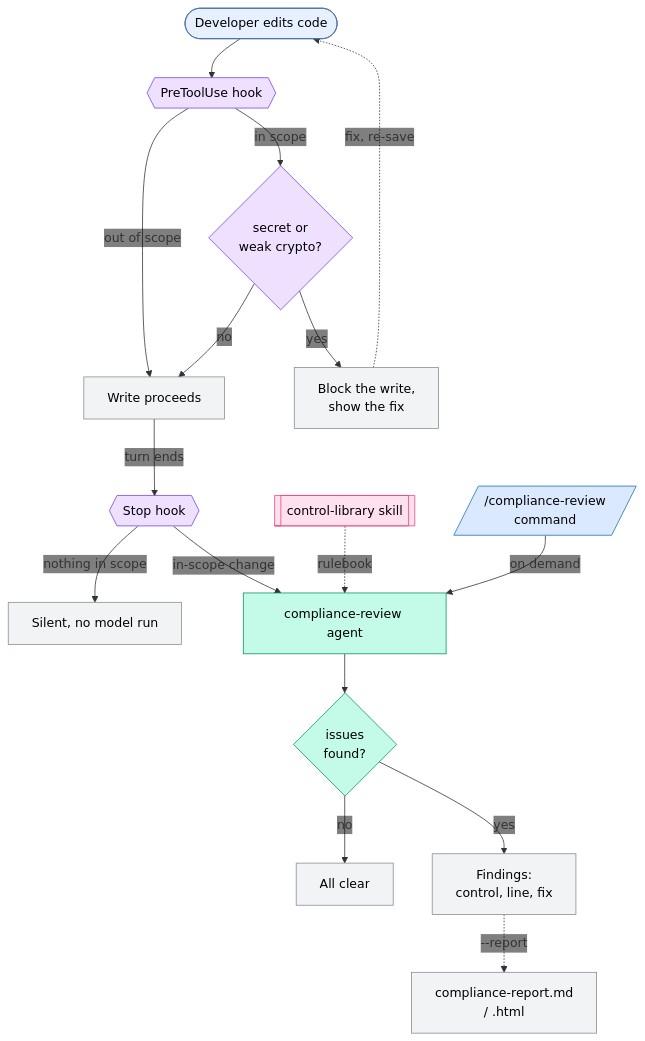
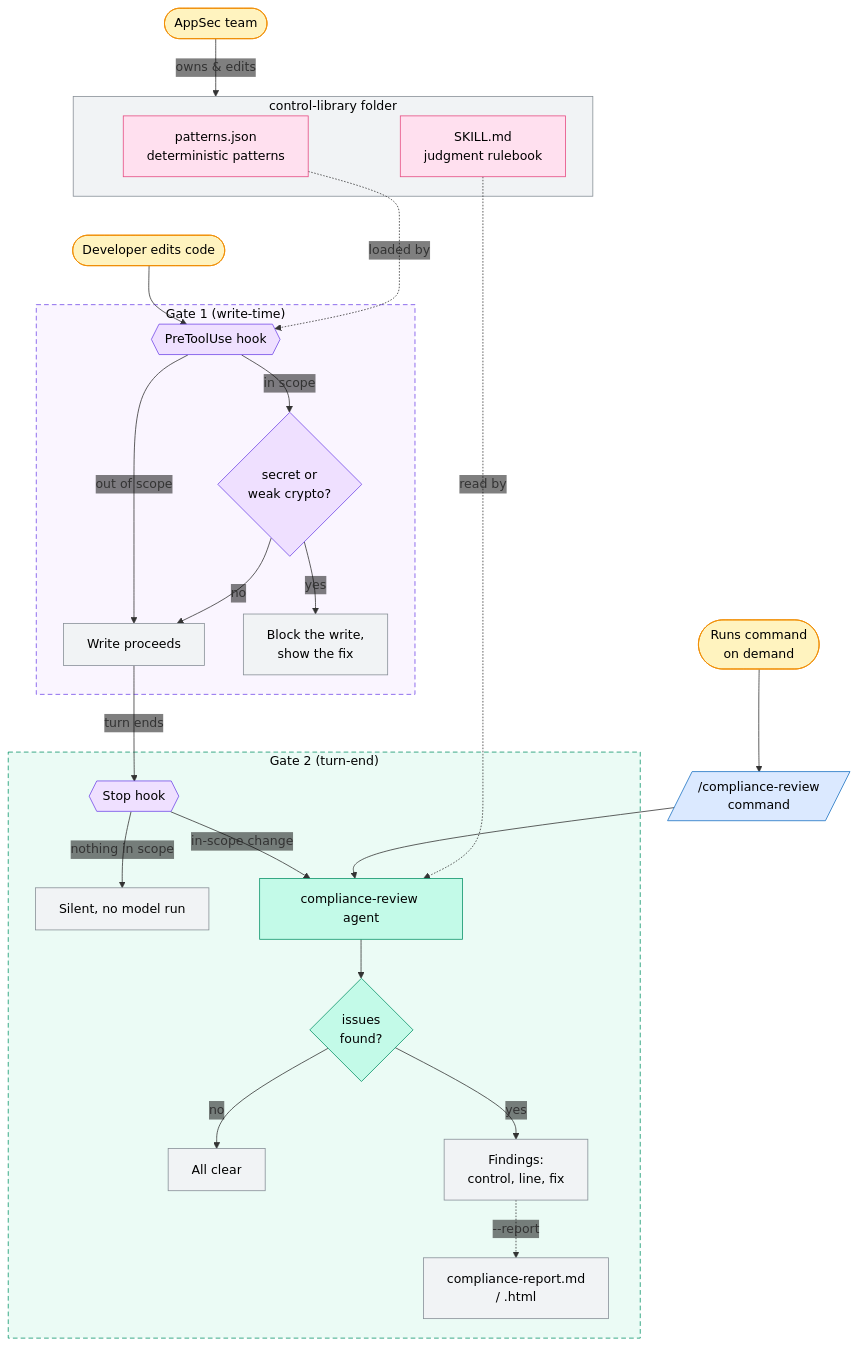
Before and after one commit to Juantomasgomez7/compliance-support: the second of 2 diagrams in README.md, drawn with Mermaid. The commit also changed other lines of this file and 12 other files, not shown here.

First line of the commit message:
feat: move detection patterns into the AppSec-owned control-library

````diff
--- a/README.md
+++ b/README.md
@@ -50,33 +93,61 @@
 ```mermaid
 %%{init: {'themeVariables': {'edgeLabelBackground': 'transparent'}}}%%
 flowchart TD
-    classDef human fill:#e7f0ff,stroke:#4a6fa5,color:#000000
+    classDef human fill:#fff3bf,stroke:#f08c00,color:#000000
     classDef hook fill:#efe0ff,stroke:#7048e8,color:#000000
     classDef agent fill:#c3fae8,stroke:#099268,color:#000000
     classDef skill fill:#ffe0ef,stroke:#e64980,color:#000000
     classDef command fill:#dbe9ff,stroke:#1971c2,color:#000000
     classDef state fill:#f1f3f5,stroke:#868e96,color:#000000
 
-    DEV([Developer edits code]) --> H1{{"PreToolUse hook"}}
-    H1 -->|"out of scope"| SAVE["Write proceeds"]
-    H1 -->|"in scope"| VIOL{"secret or<br/>weak crypto?"}
+    APPSEC(["AppSec team"]) -->|"owns & edits"| CL
+    subgraph CL["control-library folder"]
+        PATT["patterns.json<br/>deterministic patterns"]
+        SKILLMD["SKILL.md<br/>judgment rulebook"]
+    end
+    CL ~~~ DEV([Developer edits code])
+
+    subgraph G1["Gate 1 (write-time)"]
+        H1{{"PreToolUse hook"}}
+        VIOL{"secret or<br/>weak crypto?"}
+        SAVE["Write proceeds"]
+        BLOCK["Block the write,<br/>show the fix"]
+    end
+
+    subgraph G2["Gate 2 (turn-end)"]
+        H2{{"Stop hook"}}
+        SILENT["Silent, no model run"]
+        AGENT["compliance-review agent"]
+        REVIEW{"issues<br/>found?"}
+        CLEAN["All clear"]
+        OUT["Findings:<br/>control, line, fix"]
+        REPORT["compliance-report.md<br/>/ .html"]
+    end
+
+    DEV --> H1
+    PATT -.->|"loaded by"| H1
+    H1 -->|"out of scope"| SAVE
+    H1 -->|"in scope"| VIOL
     VIOL -->|"no"| SAVE
-    VIOL -->|"yes"| BLOCK["Block the write,<br/>show the fix"]
-    BLOCK -.->|"fix, re-save"| DEV
-    SAVE -->|"turn ends"| H2{{"Stop hook"}}
-    H2 -->|"nothing in scope"| SILENT["Silent, no model run"]
-    H2 -->|"in-scope change"| AGENT["compliance-review agent"]
-    SKILL[["control-library skill"]] -.->|"rulebook"| AGENT
-    CMD[/"/compliance-review<br/>command"/] -->|"on demand"| AGENT
-    AGENT --> REVIEW{"issues<br/>found?"}
-    REVIEW -->|"no"| CLEAN["All clear"]
-    REVIEW -->|"yes"| OUT["Findings:<br/>control, line, fix"]
-    OUT -.->|"--report"| REPORT["compliance-report.md<br/>/ .html"]
+    VIOL -->|"yes"| BLOCK
+    SAVE -->|"turn ends"| H2
+    H2 -->|"nothing in scope"| SILENT
+    H2 -->|"in-scope change"| AGENT
+    RUN(["Runs command<br/>on demand"]) --> CMD[/"/compliance-review<br/>command"/]
+    CMD --> AGENT
+    SKILLMD -.->|"read by"| AGENT
+    AGENT --> REVIEW
+    REVIEW -->|"no"| CLEAN
+    REVIEW -->|"yes"| OUT
+    OUT -.->|"--report"| REPORT
 
-    class DEV human
+    class DEV,APPSEC,RUN human
     class H1,H2,VIOL hook
     class AGENT,REVIEW agent
-    class SKILL skill
+    class PATT,SKILLMD skill
     class CMD command
     class BLOCK,SAVE,SILENT,OUT,CLEAN,REPORT state
+    style CL fill:#f1f3f5,stroke:#868e96,color:#000000
+    style G1 fill:#faf5ff,stroke:#7048e8,stroke-dasharray:6 4,color:#000000
+    style G2 fill:#ebfbf5,stroke:#099268,stroke-dasharray:6 4,color:#000000
 ```
````
